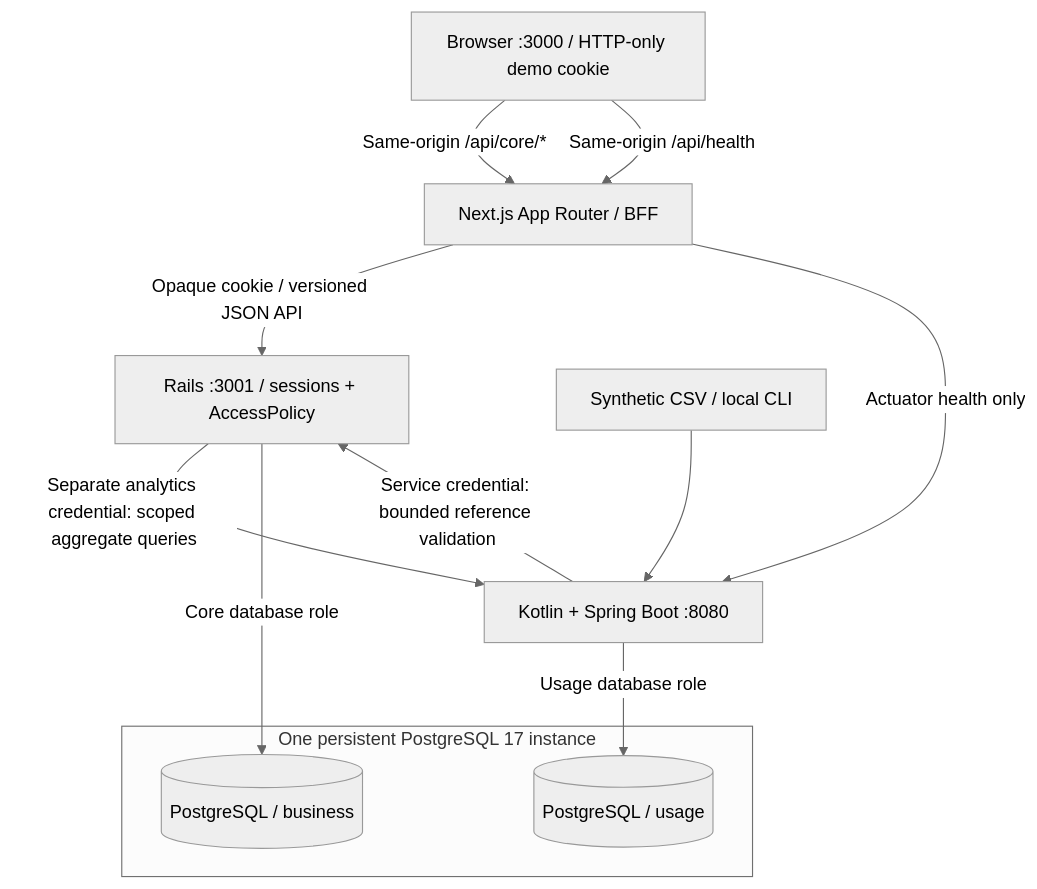
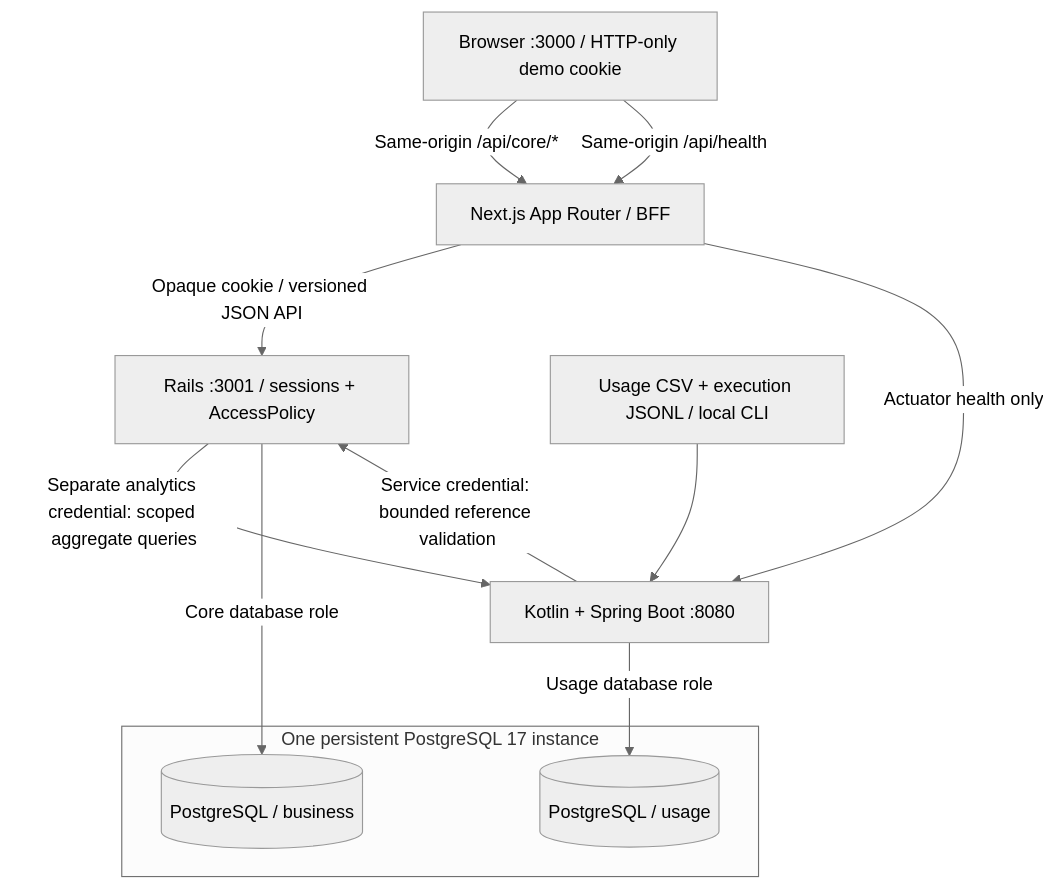
One commit to aymaanalamgir/tokentrack changed the first of 5 diagrams in docs/architecture.md. Above: the diagram before and after it, drawn with Mermaid (neutral theme). The commit also changed other lines of this file and 34 other files, not shown here.

````diff
--- a/docs/architecture.md
+++ b/docs/architecture.md
@@ -5,16 +5,16 @@
 ```mermaid
 flowchart TB
   Browser["Browser :3000 / HTTP-only demo cookie"] -->|Same-origin /api/core/*| Next["Next.js App Router / BFF"]
   Browser -->|Same-origin /api/health| Next
   Next -->|Opaque cookie / versioned JSON API| Rails["Rails :3001 / sessions + AccessPolicy"]
   Next -->|Actuator health only| Kotlin["Kotlin + Spring Boot :8080"]
   Kotlin -->|Service credential: bounded reference validation| Rails
   Rails -->|Separate analytics credential: scoped aggregate queries| Kotlin
-  CSV["Synthetic CSV / local CLI"] --> Kotlin
+  CSV["Usage CSV + execution JSONL / local CLI"] --> Kotlin
   Rails -->|Core database role| Business[("PostgreSQL / business")]
   Kotlin -->|Usage database role| Usage[("PostgreSQL / usage")]
   subgraph Database["One persistent PostgreSQL 17 instance"]
     Business
     Usage
   end
 ```
````
